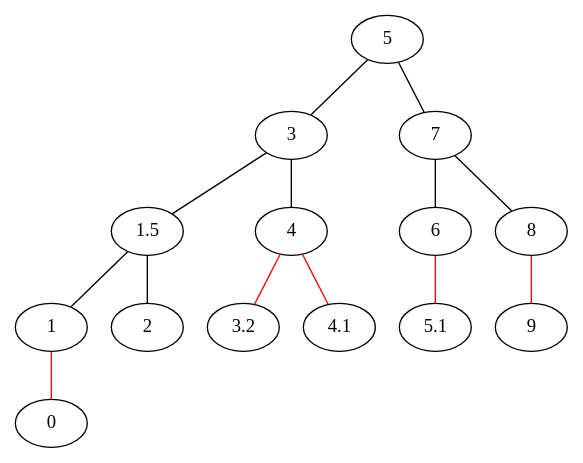
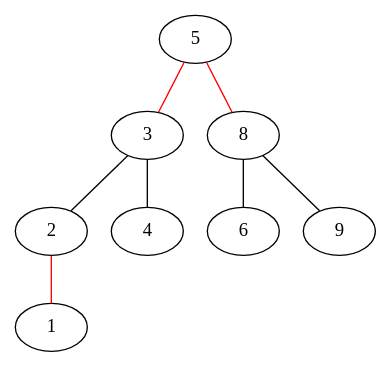
The diagram in Opdracht 7/Arno/graph.dot (arnodeceuninck/GASTO), drawn with Graphviz before and after one commit. The commit also changed 1 other file, not shown here.

```diff
--- a/Opdracht 7/Arno/graph.dot
+++ b/Opdracht 7/Arno/graph.dot
@@ -1,16 +1,10 @@
 graph {
-5 -- 3 [color ="black"] 
-3 -- 1.5 [color ="black"] 
-1.5 -- 1 [color ="black"] 
-1 -- 0 [color ="red"] 
-1.5 -- 2 [color ="black"] 
+5 -- 3 [color ="red"] 
+3 -- 2 [color ="black"] 
+2 -- 1 [color ="red"] 
 3 -- 4 [color ="black"] 
-4 -- 3.2 [color ="red"] 
-4 -- 4.1 [color ="red"] 
-5 -- 7 [color ="black"] 
-7 -- 6 [color ="black"] 
-6 -- 5.1 [color ="red"] 
-7 -- 8 [color ="black"] 
-8 -- 9 [color ="red"] 
+5 -- 8 [color ="red"] 
+8 -- 6 [color ="black"] 
+8 -- 9 [color ="black"] 
 rankdir=TB
 }
```
